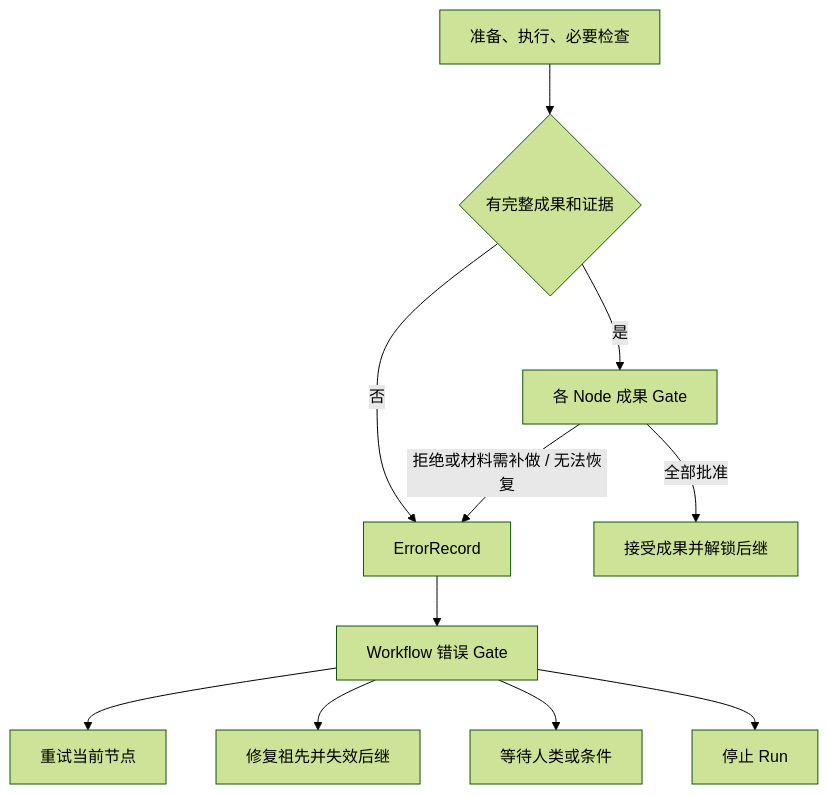
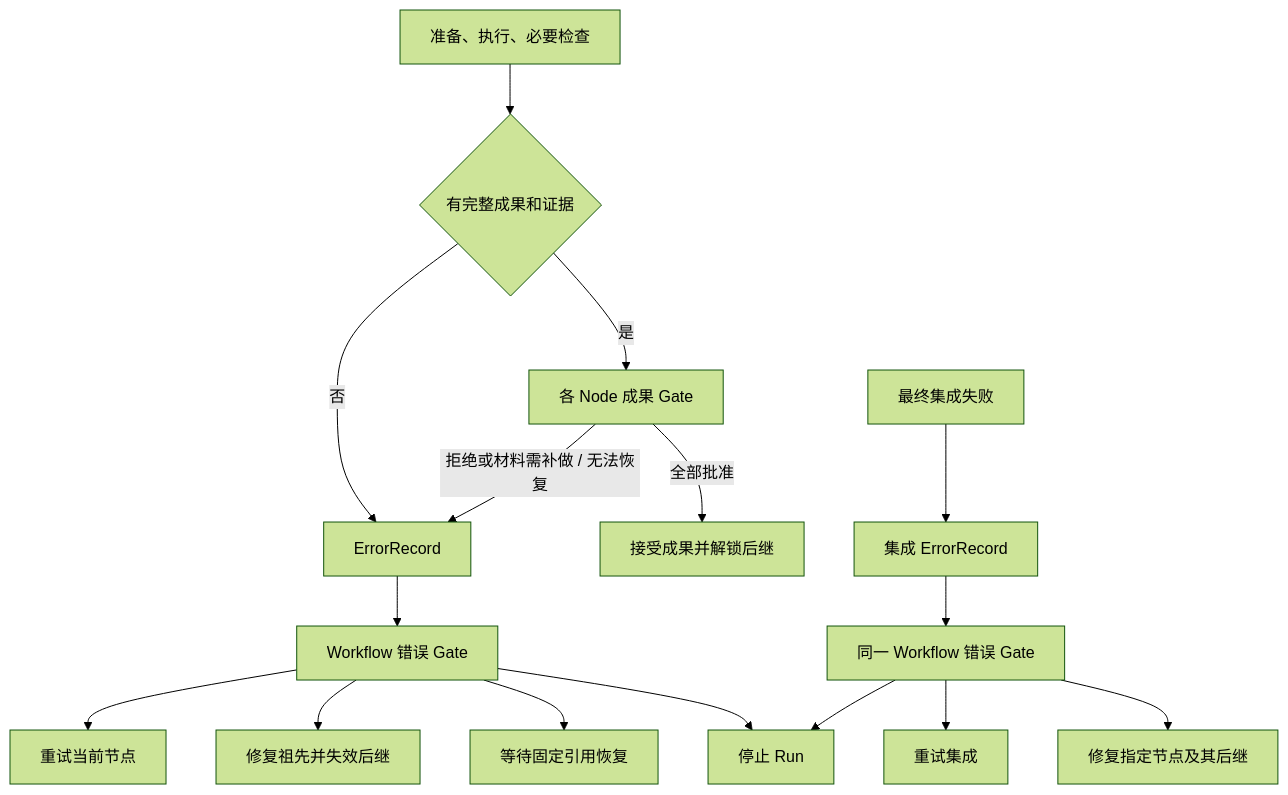
The second of 3 diagrams in design/03-governance.md (LingMessy/facetloom), drawn with Mermaid (forest theme) before and after one commit. The commit also changed other lines of this file and 9 other files, not shown here.

````diff
--- a/design/03-governance.md
+++ b/design/03-governance.md
@@ -199,13 +199,18 @@
 ```mermaid
 flowchart TD
     A[准备、执行、必要检查] --> B{有完整成果和证据}
     B -->|是| C[各 Node 成果 Gate]
     B -->|否| E[ErrorRecord]
     C -->|全部批准| OK[接受成果并解锁后继]
     C -->|拒绝或材料需补做 / 无法恢复| E
     E --> G[Workflow 错误 Gate]
     G --> R[重试当前节点]
     G --> U[修复祖先并失效后继]
-    G --> W[等待人类或条件]
+    G --> W[等待固定引用恢复]
     G --> S[停止 Run]
+    I[最终集成失败] --> IE[集成 ErrorRecord]
+    IE --> IG[同一 Workflow 错误 Gate]
+    IG --> RI[重试集成]
+    IG --> RC[修复指定节点及其后继]
+    IG --> S
 ```
````
